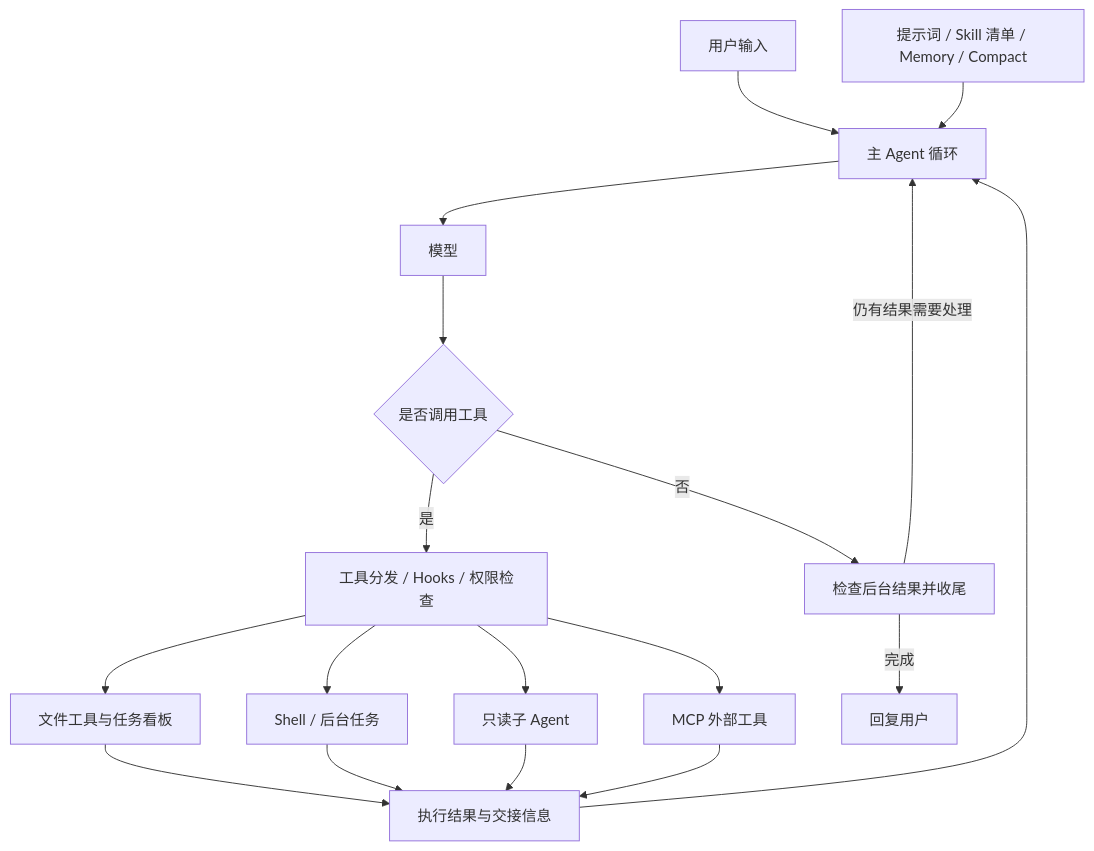
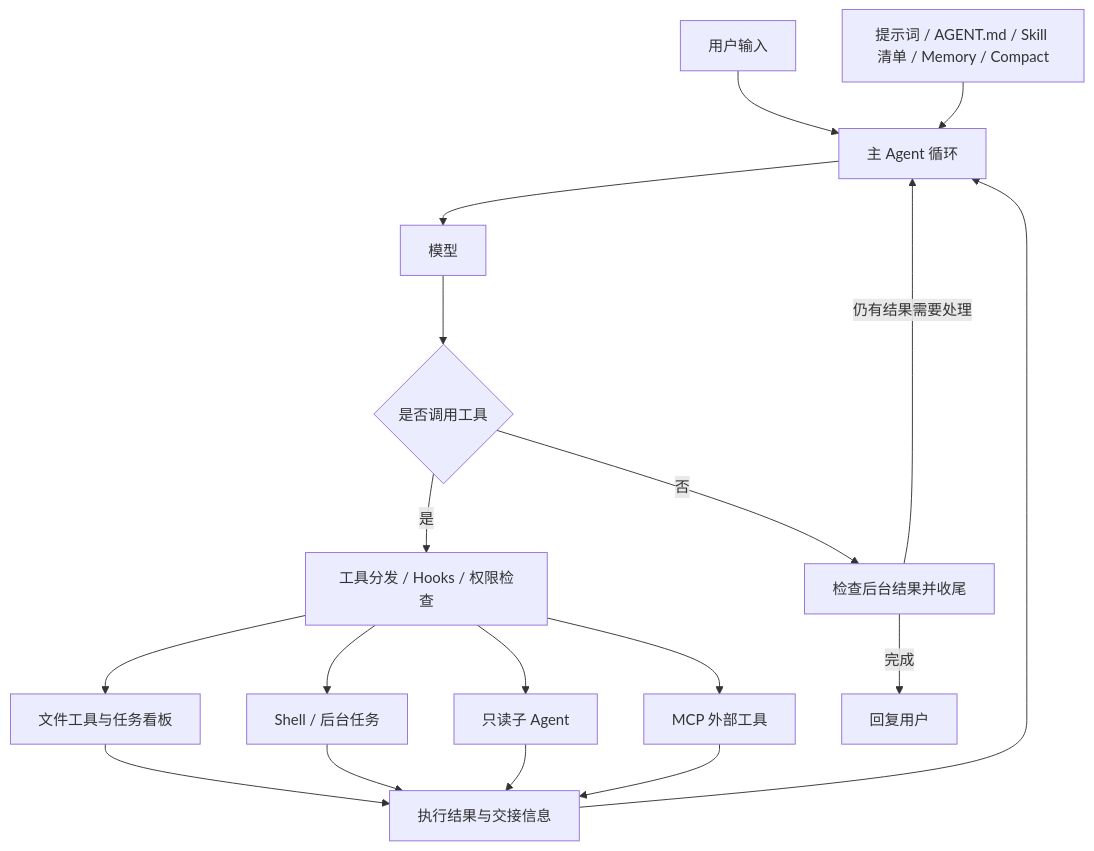
One commit to KCxuan/mini-coding-agent changed the diagram in README.md. Above: the diagram before and after it, drawn with Mermaid. The commit also changed other lines of this file and 7 other files, not shown here.

First line of the commit message:
feat: move context window onto AgentConfig

````diff
--- a/README.md
+++ b/README.md
@@ -25,20 +25,20 @@
 ```mermaid
 flowchart TD
     Input[用户输入] --> Loop[主 Agent 循环]
-    Context[提示词 / Skill 清单 / Memory / Compact] --> Loop
+    Context[提示词 / AGENT.md / Skill 清单 / Memory / Compact] --> Loop
     Loop --> Model[模型]
     Model --> Decision{是否调用工具}
     Decision -->|是| Dispatch[工具分发 / Hooks / 权限检查]
     Dispatch --> Local[文件工具与任务看板]
     Dispatch --> Shell[Shell / 后台任务]
     Dispatch --> Sub[只读子 Agent]
     Dispatch --> MCP[MCP 外部工具]
     Local --> Results[执行结果与交接信息]
     Shell --> Results
     Sub --> Results
     MCP --> Results
     Results --> Loop
     Decision -->|否| Finish[检查后台结果并收尾]
     Finish -->|仍有结果需要处理| Loop
     Finish -->|完成| Reply[回复用户]
 ```
````
